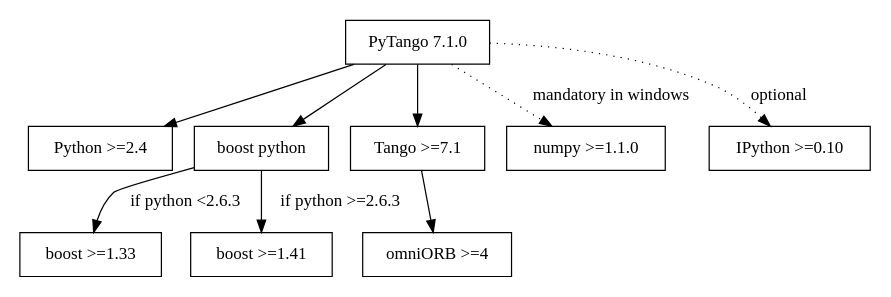
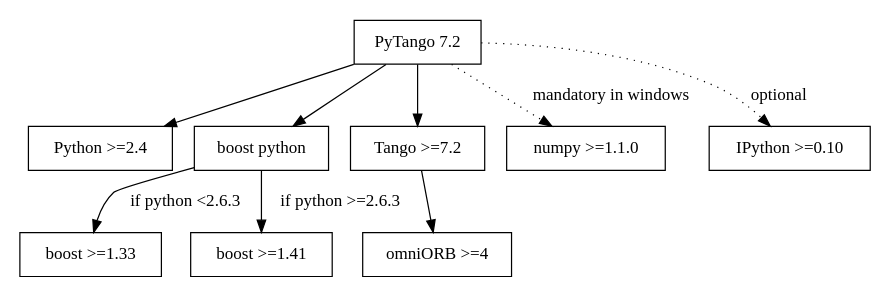
The diagram in doc/start.rst (tango-controls/pytango), drawn with Graphviz before and after one commit. The commit also changed other lines of this file and 2 other files, not shown here.

Commit message:
fixes #3403771

```diff
--- a/doc/start.rst
+++ b/doc/start.rst
@@ -25,22 +25,22 @@
 .. graphviz::
 
     digraph dependencies {
         size="6,3";
-        PyTango     [shape=box, label="PyTango 7.1.0"];
+        PyTango     [shape=box, label="PyTango 7.2"];
         Python      [shape=box, label="Python >=2.4"];
         boostpython [shape=box, label="boost python"];
         boostp1     [shape=box, label="boost >=1.33"];
         boostp2     [shape=box, label="boost >=1.41"];
-        Tango       [shape=box, label="Tango >=7.1"];
+        Tango       [shape=box, label="Tango >=7.2"];
         omniORB     [shape=box, label="omniORB >=4"];
         numpy       [shape=box, label="numpy >=1.1.0"];
         IPython     [shape=box, label="IPython >=0.10"];
         PyTango -> Python;
         PyTango -> Tango;
         PyTango -> numpy [style=dotted, label="mandatory in windows"];
         Tango -> omniORB;
         PyTango -> boostpython
         boostpython -> boostp1 [label="if python <2.6.3"];
         boostpython -> boostp2 [label="if python >=2.6.3"];
         PyTango -> IPython [style=dotted, label="optional"];
     }   
```
